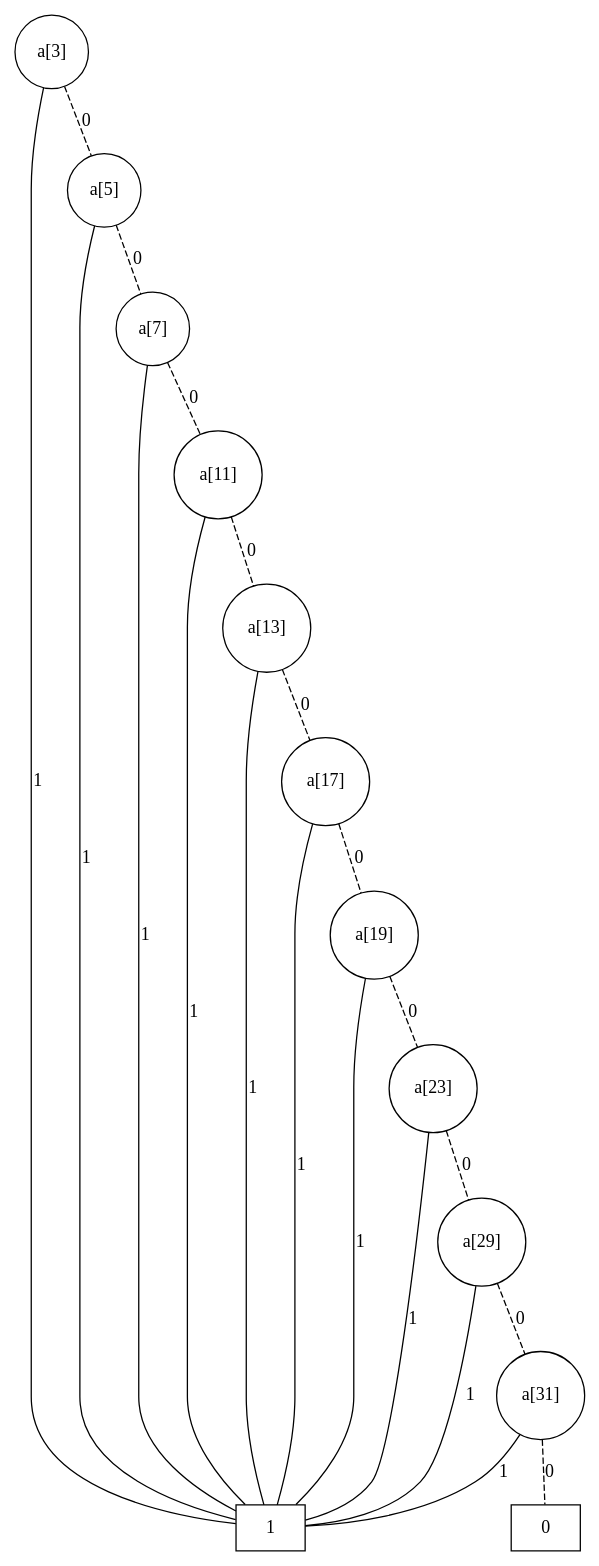
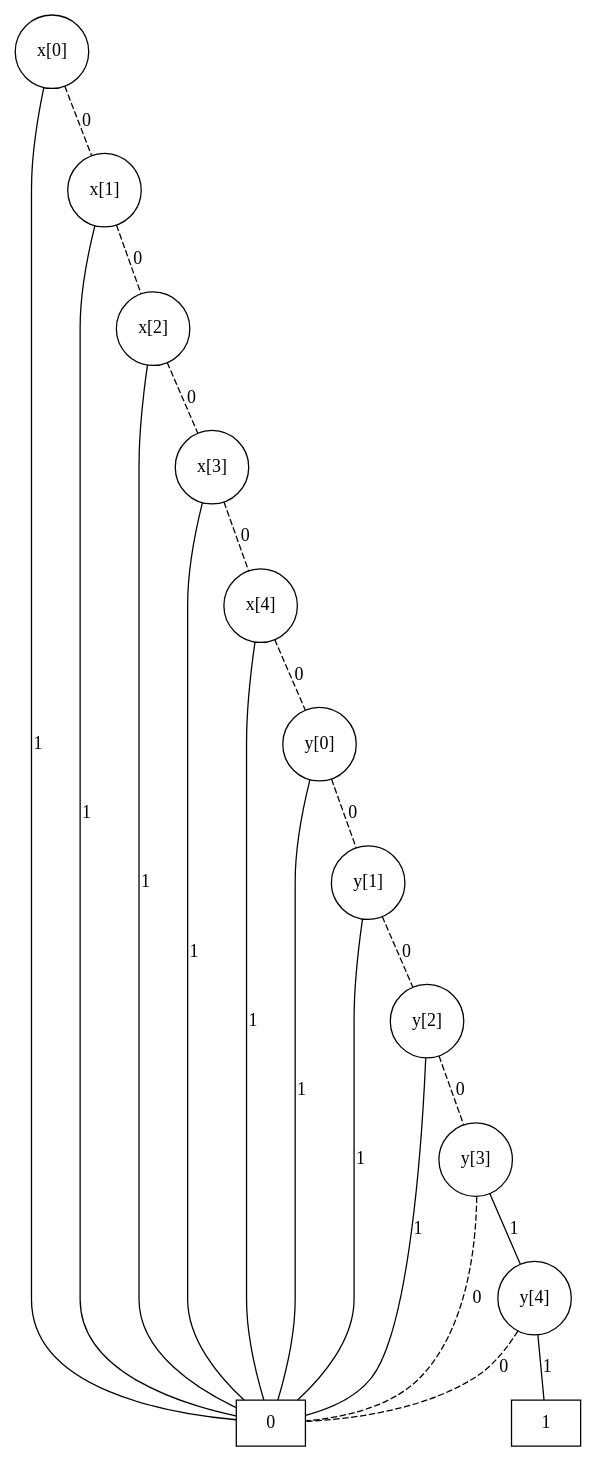
The diagram in graph.dot (EthanRule/350-BDD-PyEDA), drawn with Graphviz before and after one commit. The commit also changed 15 other files, not shown here.

```diff
--- a/graph.dot
+++ b/graph.dot
@@ -1,1 +1,1 @@
-graph BDD { n1968697582624 [label=0,shape=box]; n1968697859952 [label=1,shape=box]; n1968760123136 [label="a[31]",shape=circle]; n1968760124048 [label="a[29]",shape=circle]; n1968762398976 [label="a[23]",shape=circle]; n1968762398880 [label="a[19]",shape=circle]; n1968762398784 [label="a[17]",shape=circle]; n1968762396288 [label="a[13]",shape=circle]; n1968762397584 [label="a[11]",shape=circle]; n1968762398592 [label="a[7]",shape=circle]; n1968762398448 [label="a[5]",shape=circle]; n1968755499104 [label="a[3]",shape=circle]; n1968760123136 -- n1968697582624 [label=0,style=dashed]; n1968760123136 -- n1968697859952 [label=1]; n1968760124048 -- n1968760123136 [label=0,style=dashed]; n1968760124048 -- n1968697859952 [label=1]; n1968762398976 -- n1968760124048 [label=0,style=dashed]; n1968762398976 -- n1968697859952 [label=1]; n1968762398880 -- n1968762398976 [label=0,style=dashed]; n1968762398880 -- n1968697859952 [label=1]; n1968762398784 -- n1968762398880 [label=0,style=dashed]; n1968762398784 -- n1968697859952 [label=1]; n1968762396288 -- n1968762398784 [label=0,style=dashed]; n1968762396288 -- n1968697859952 [label=1]; n1968762397584 -- n1968762396288 [label=0,style=dashed]; n1968762397584 -- n1968697859952 [label=1]; n1968762398592 -- n1968762397584 [label=0,style=dashed]; n1968762398592 -- n1968697859952 [label=1]; n1968762398448 -- n1968762398592 [label=0,style=dashed]; n1968762398448 -- n1968697859952 [label=1]; n1968755499104 -- n1968762398448 [label=0,style=dashed]; n1968755499104 -- n1968697859952 [label=1]; }
+graph BDD { n2669164739664 [label=0,shape=box]; n2669165068752 [label=1,shape=box]; n2669226922720 [label="y[4]",shape=circle]; n2669226605984 [label="y[3]",shape=circle]; n2669226924544 [label="y[2]",shape=circle]; n2669226923104 [label="y[1]",shape=circle]; n2669226923824 [label="y[0]",shape=circle]; n2669226923920 [label="x[4]",shape=circle]; n2669226924016 [label="x[3]",shape=circle]; n2669226924112 [label="x[2]",shape=circle]; n2669226924160 [label="x[1]",shape=circle]; n2669226924928 [label="x[0]",shape=circle]; n2669226922720 -- n2669164739664 [label=0,style=dashed]; n2669226922720 -- n2669165068752 [label=1]; n2669226605984 -- n2669164739664 [label=0,style=dashed]; n2669226605984 -- n2669226922720 [label=1]; n2669226924544 -- n2669226605984 [label=0,style=dashed]; n2669226924544 -- n2669164739664 [label=1]; n2669226923104 -- n2669226924544 [label=0,style=dashed]; n2669226923104 -- n2669164739664 [label=1]; n2669226923824 -- n2669226923104 [label=0,style=dashed]; n2669226923824 -- n2669164739664 [label=1]; n2669226923920 -- n2669226923824 [label=0,style=dashed]; n2669226923920 -- n2669164739664 [label=1]; n2669226924016 -- n2669226923920 [label=0,style=dashed]; n2669226924016 -- n2669164739664 [label=1]; n2669226924112 -- n2669226924016 [label=0,style=dashed]; n2669226924112 -- n2669164739664 [label=1]; n2669226924160 -- n2669226924112 [label=0,style=dashed]; n2669226924160 -- n2669164739664 [label=1]; n2669226924928 -- n2669226924160 [label=0,style=dashed]; n2669226924928 -- n2669164739664 [label=1]; }
```
